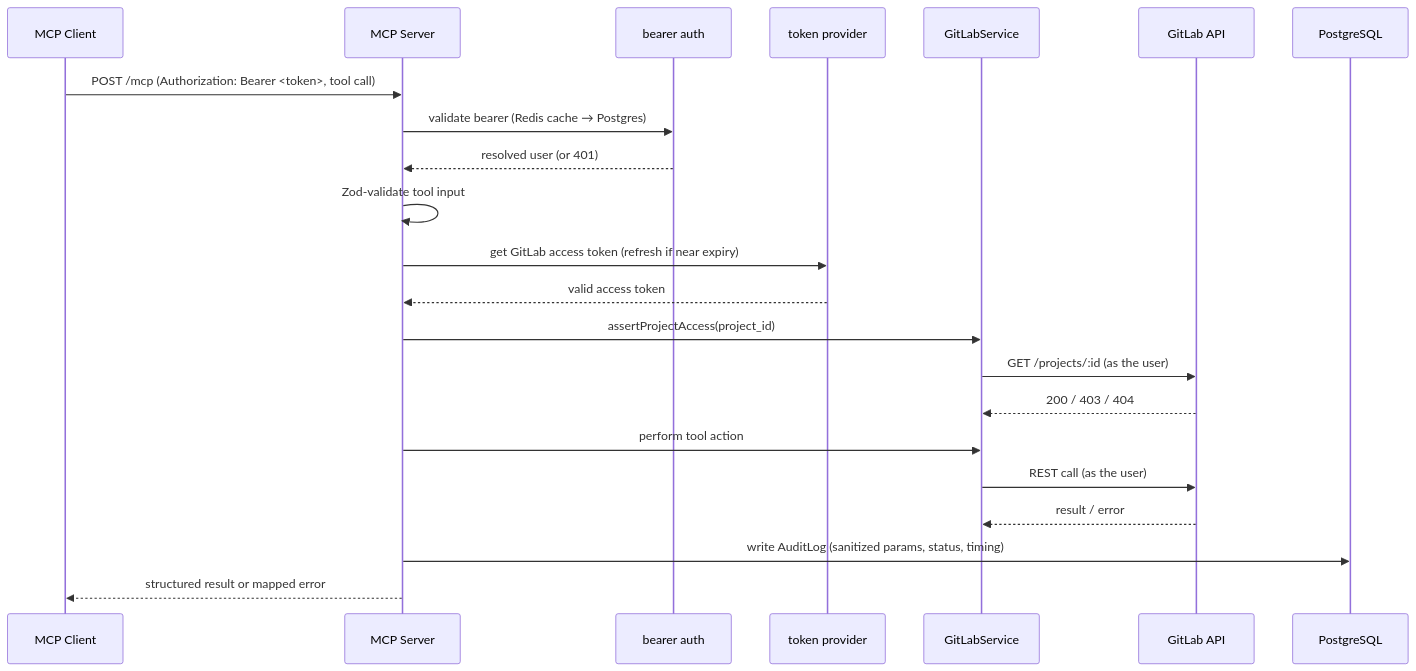
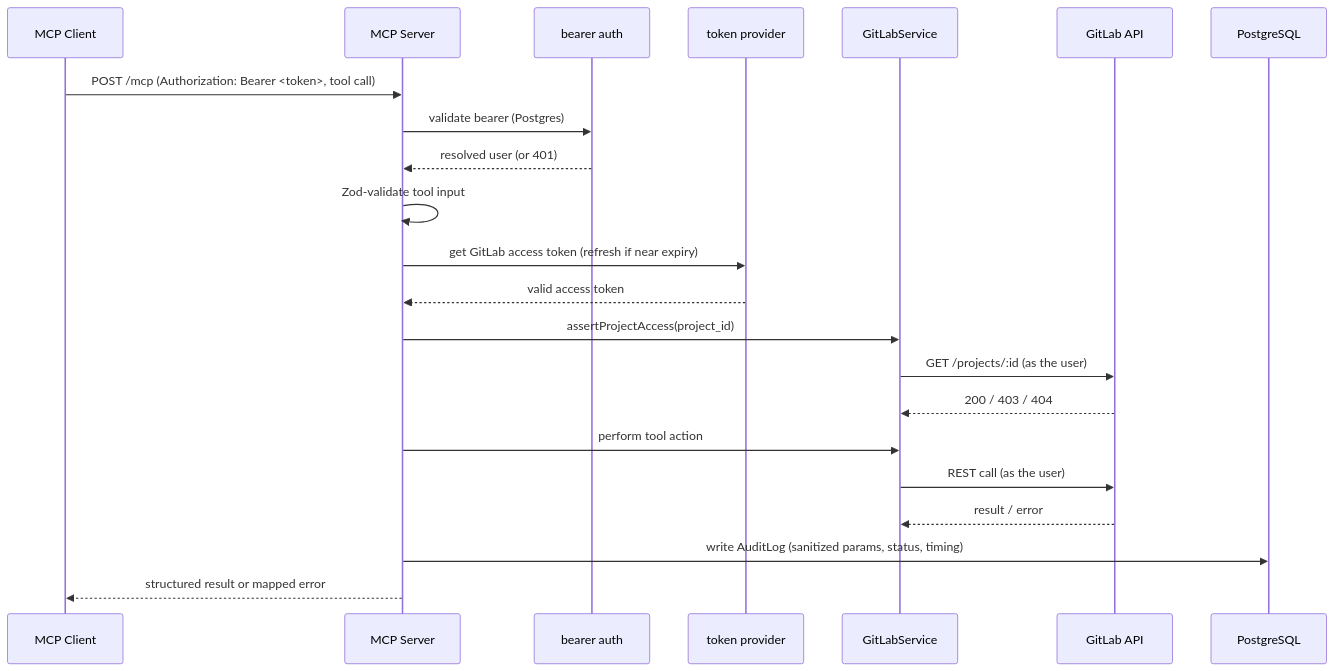
Before and after one commit to lxnewayfarer/gitlab-mcp: the third of 3 diagrams in docs/architecture.md, drawn with Mermaid. The commit also changed other lines of this file and 9 other files, not shown here.

Commit message:
docs: remove Redis; document Postgres-only single-instance model

````diff
--- a/docs/architecture.md
+++ b/docs/architecture.md
@@ -109,25 +106,25 @@
 ```mermaid
 sequenceDiagram
     participant Client as MCP Client
     participant Srv as MCP Server
     participant Auth as bearer auth
     participant TP as token provider
     participant GL as GitLabService
     participant API as GitLab API
     participant DB as PostgreSQL
 
     Client->>Srv: POST /mcp (Authorization: Bearer <token>, tool call)
-    Srv->>Auth: validate bearer (Redis cache → Postgres)
+    Srv->>Auth: validate bearer (Postgres)
     Auth-->>Srv: resolved user (or 401)
     Srv->>Srv: Zod-validate tool input
     Srv->>TP: get GitLab access token (refresh if near expiry)
     TP-->>Srv: valid access token
     Srv->>GL: assertProjectAccess(project_id)
     GL->>API: GET /projects/:id (as the user)
     API-->>GL: 200 / 403 / 404
     Srv->>GL: perform tool action
     GL->>API: REST call (as the user)
     API-->>GL: result / error
     Srv->>DB: write AuditLog (sanitized params, status, timing)
     Srv-->>Client: structured result or mapped error
 ```
````
